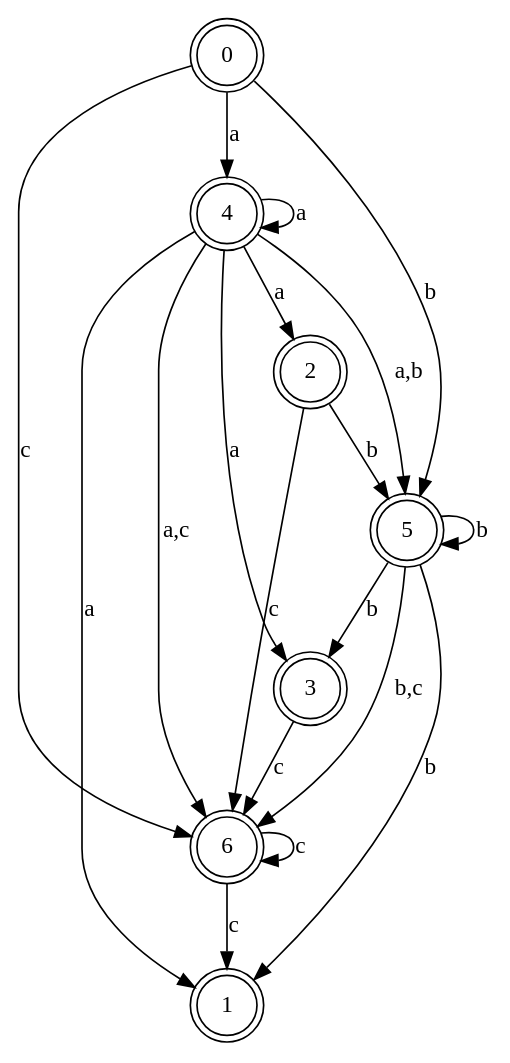
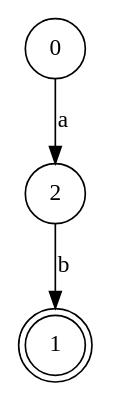
The diagram in projeto_1/test-output/graph.gv (igorbragaia/CTC-34), drawn with Graphviz before and after one commit. The commit also changed 5 other files, not shown here.

```diff
--- a/projeto_1/test-output/graph.gv
+++ b/projeto_1/test-output/graph.gv
@@ -1,27 +1,7 @@
 digraph {
-	0 [shape=doublecircle]
+	0 [shape=circle]
 	1 [shape=doublecircle]
-	2 [shape=doublecircle]
-	3 [shape=doublecircle]
-	4 [shape=doublecircle]
-	5 [shape=doublecircle]
-	6 [shape=doublecircle]
-	4 -> 4 [label=a]
-	5 -> 5 [label=b]
-	6 -> 6 [label=c]
-	4 -> 2 [label=a]
-	4 -> 5 [label="a,b"]
-	4 -> 3 [label=a]
-	4 -> 6 [label="a,c"]
-	4 -> 1 [label=a]
-	0 -> 4 [label=a]
-	5 -> 3 [label=b]
-	5 -> 6 [label="b,c"]
-	5 -> 1 [label=b]
-	0 -> 5 [label=b]
-	2 -> 5 [label=b]
-	6 -> 1 [label=c]
-	0 -> 6 [label=c]
-	2 -> 6 [label=c]
-	3 -> 6 [label=c]
+	2 [shape=circle]
+	0 -> 2 [label=a]
+	2 -> 1 [label=b]
 }
```
